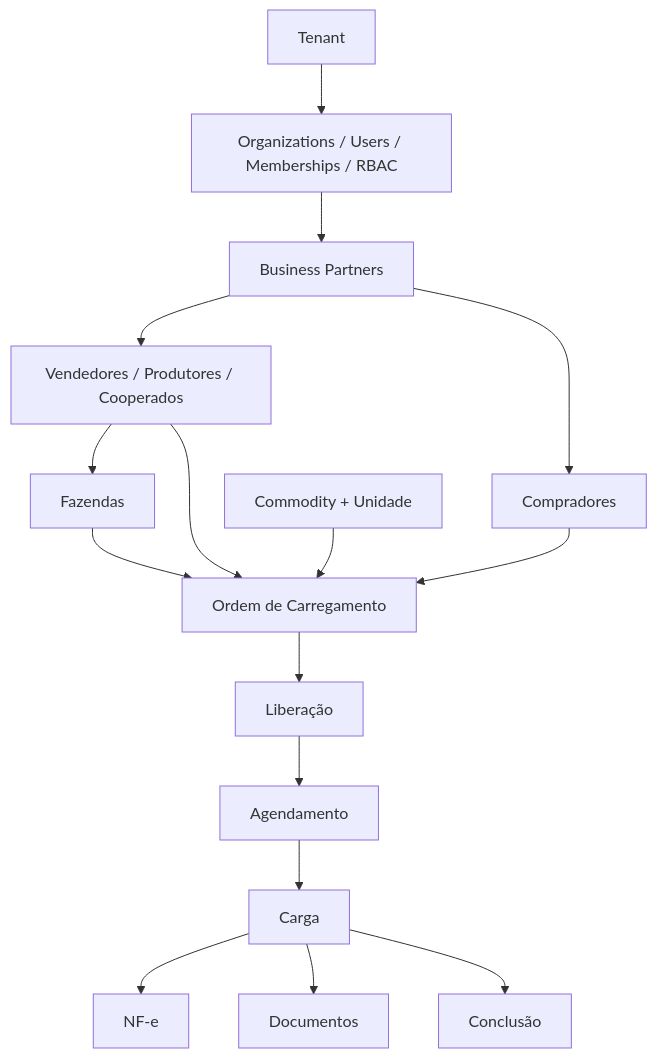
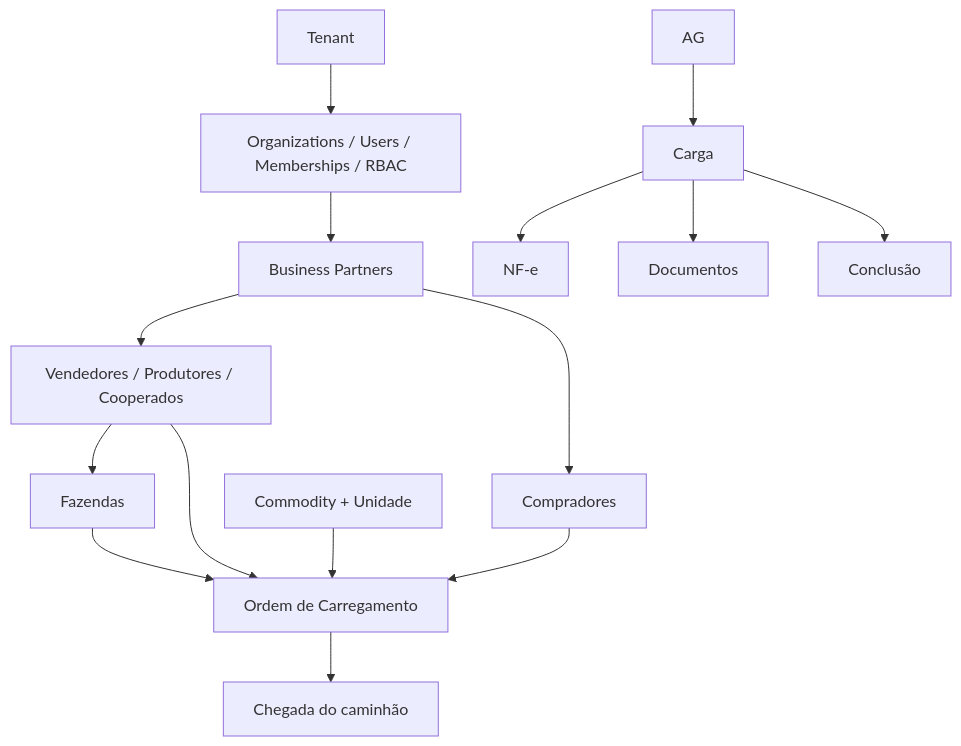
Before and after one commit to antoniocavali/Ordens_2.0: the diagram in docs/modules.md, drawn with Mermaid. The commit also changed other lines of this file and 76 other files, not shown here.

First line of the commit message:
feat(cargas): a Fazenda só informa a chegada do caminhão (#113)

````diff
--- a/docs/modules.md
+++ b/docs/modules.md
@@ -5,18 +5,17 @@
 ```mermaid
 flowchart TD
   T[Tenant] --> O[Organizations / Users / Memberships / RBAC]
   O --> BP[Business Partners]
   BP --> V[Vendedores / Produtores / Cooperados]
   V --> F[Fazendas]
   BP --> CB[Compradores]
   CM[Commodity + Unidade] --> OC[Ordem de Carregamento]
   V --> OC
   CB --> OC
   F --> OC
-  OC --> LB[Liberação]
-  LB --> AG[Agendamento]
+  OC --> CH[Chegada do caminhão]
   AG --> CG[Carga]
   CG --> NF[NF-e]
   CG --> DOC[Documentos]
   CG --> CO[Conclusão]
 ```
````
